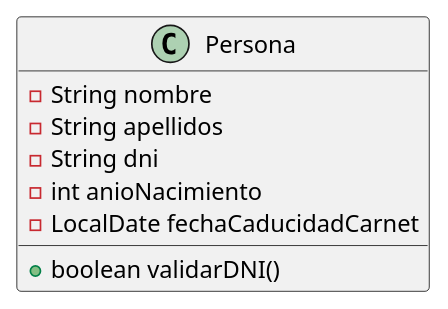
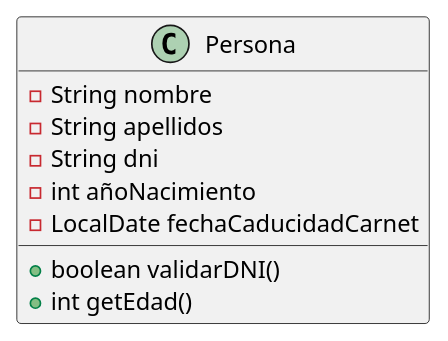
The diagram in uml/Persona.puml (MsC254/UT5_ED_Prog), drawn with PlantUML before and after one commit. The commit also changed 12 other files, not shown here.

Commit message:
Actualización de diagramas UML y archivos .puml

```diff
--- a/uml/Persona.puml
+++ b/uml/Persona.puml
@@ -1,11 +1,11 @@
 @startuml
 class Persona {
-  - String nombre
-  - String apellidos
-  - String dni
-  - int anioNacimiento
-  - LocalDate fechaCaducidadCarnet
-
-  + boolean validarDNI()
+    - String nombre
+    - String apellidos
+    - String dni
+    - int añoNacimiento
+    - LocalDate fechaCaducidadCarnet
+    + boolean validarDNI()
+    + int getEdad()
 }
 @enduml
```
